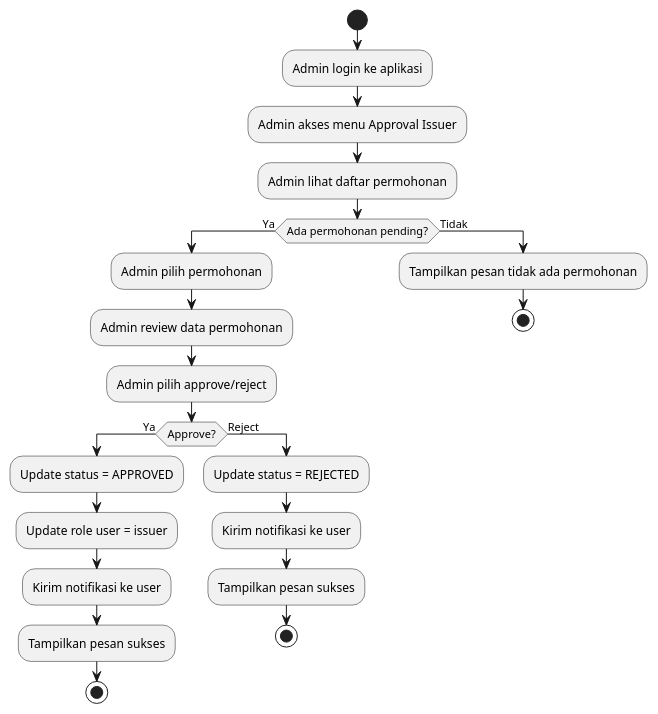
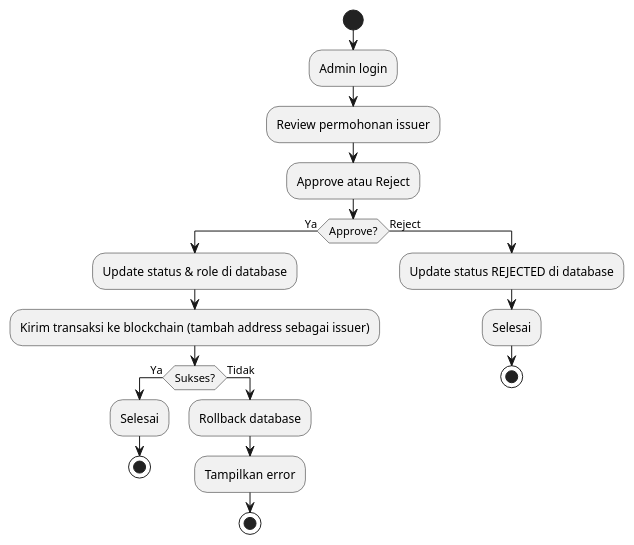
One commit to Aguh18/Skripsi-Projek-Penerbitan-Sertifikat-Berbasis-Blockhain-Polygon changed the diagram in plantuml/flowchart/flowchart_approval_issuer.puml. Above: the diagram before and after it, drawn with PlantUML. The commit also changed 3 other files, not shown here.

```diff
--- a/plantuml/flowchart/flowchart_approval_issuer.puml
+++ b/plantuml/flowchart/flowchart_approval_issuer.puml
@@ -1,26 +1,22 @@
 @startuml
 start
-:Admin login ke aplikasi;
-:Admin akses menu Approval Issuer;
-:Admin lihat daftar permohonan;
-if (Ada permohonan pending?) then (Ya)
-  :Admin pilih permohonan;
-  :Admin review data permohonan;
-  :Admin pilih approve/reject;
-  if (Approve?) then (Ya)
-    :Update status = APPROVED;
-    :Update role user = issuer;
-    :Kirim notifikasi ke user;
-    :Tampilkan pesan sukses;
+:Admin login;
+:Review permohonan issuer;
+:Approve atau Reject;
+if (Approve?) then (Ya)
+  :Update status & role di database;
+  :Kirim transaksi ke blockchain (tambah address sebagai issuer);
+  if (Sukses?) then (Ya)
+    :Selesai;
     stop
-  else (Reject)
-    :Update status = REJECTED;
-    :Kirim notifikasi ke user;
-    :Tampilkan pesan sukses;
+  else (Tidak)
+    :Rollback database;
+    :Tampilkan error;
     stop
   endif
-else (Tidak)
-  :Tampilkan pesan tidak ada permohonan;
+else (Reject)
+  :Update status REJECTED di database;
+  :Selesai;
   stop
 endif
 @enduml 
```
